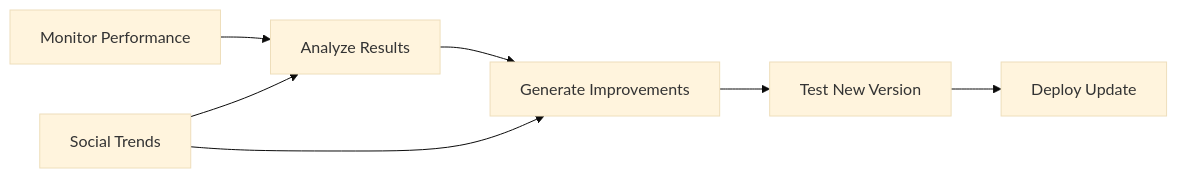
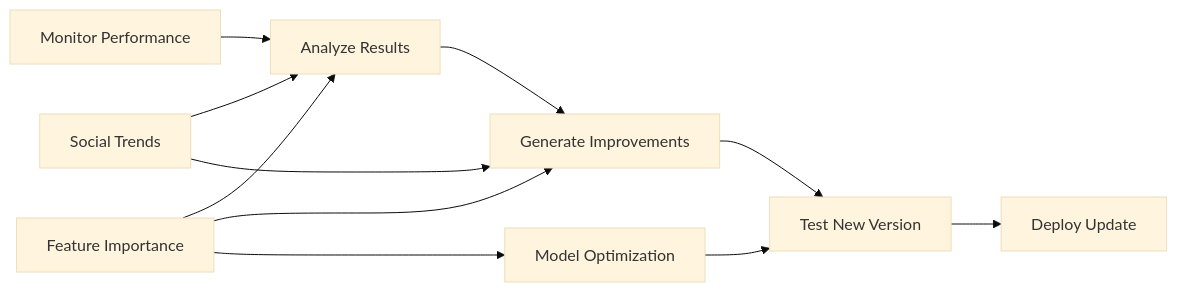
One commit to zd87pl/ai-crypto-trader changed the second of 2 diagrams in STRATEGY_EVOLUTION.md. Above: the diagram before and after it, drawn with Mermaid (base theme). The commit also changed other lines of this file and 7 other files, not shown here.

First line of the commit message:
Implement ML-03: Feature importance analysis for model inputs

````diff
--- a/STRATEGY_EVOLUTION.md
+++ b/STRATEGY_EVOLUTION.md
@@ -239,9 +278,13 @@
 ```mermaid
 graph LR
     A[Monitor Performance] --> B[Analyze Results]
+    G[Feature Importance] --> B
     B --> C[Generate Improvements]
     C --> D[Test New Version]
     D --> E[Deploy Update]
     F[Social Trends] --> B
     F --> C
+    G --> C
+    G --> H[Model Optimization]
+    H --> D
 ```
````
